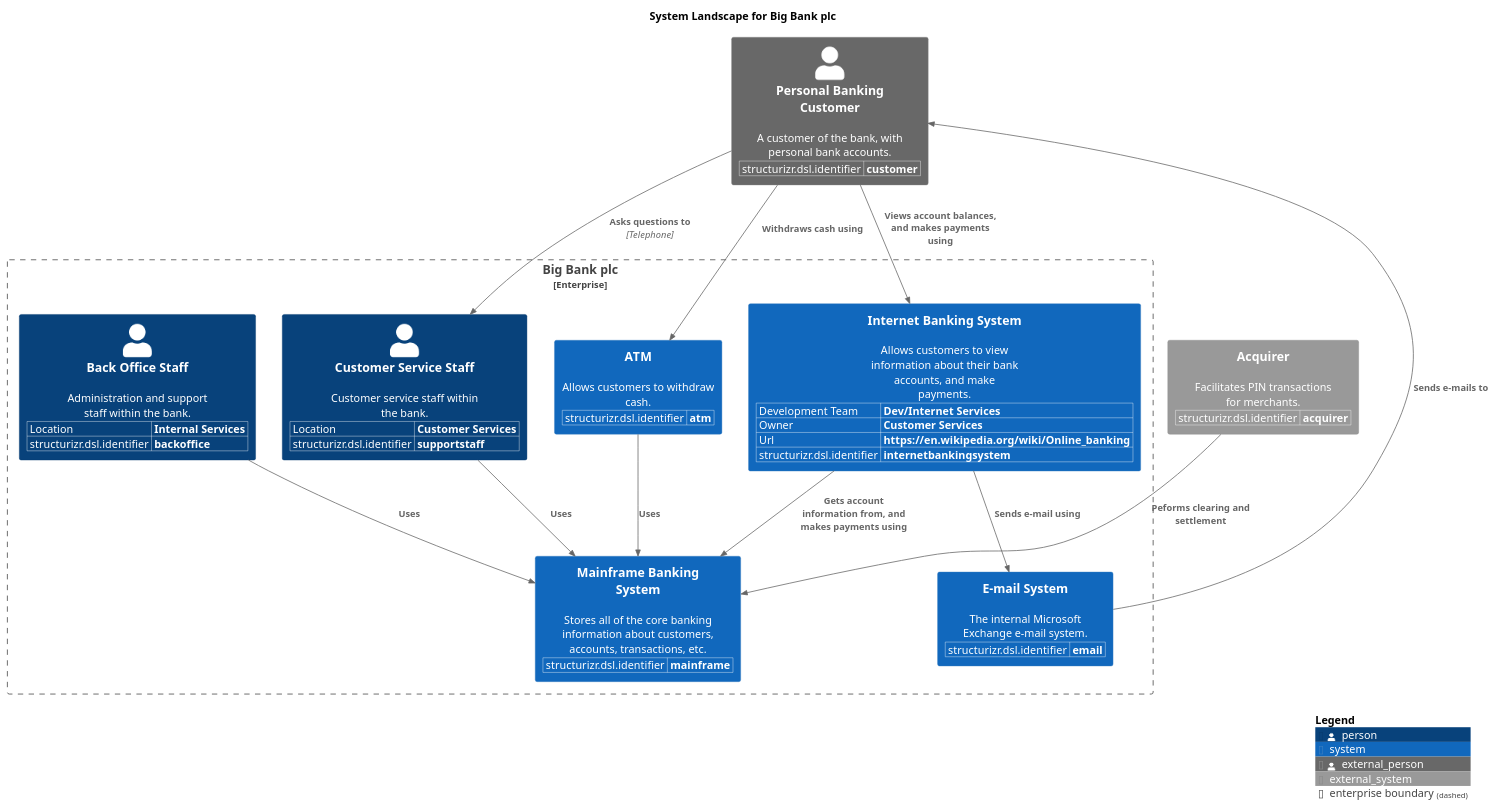
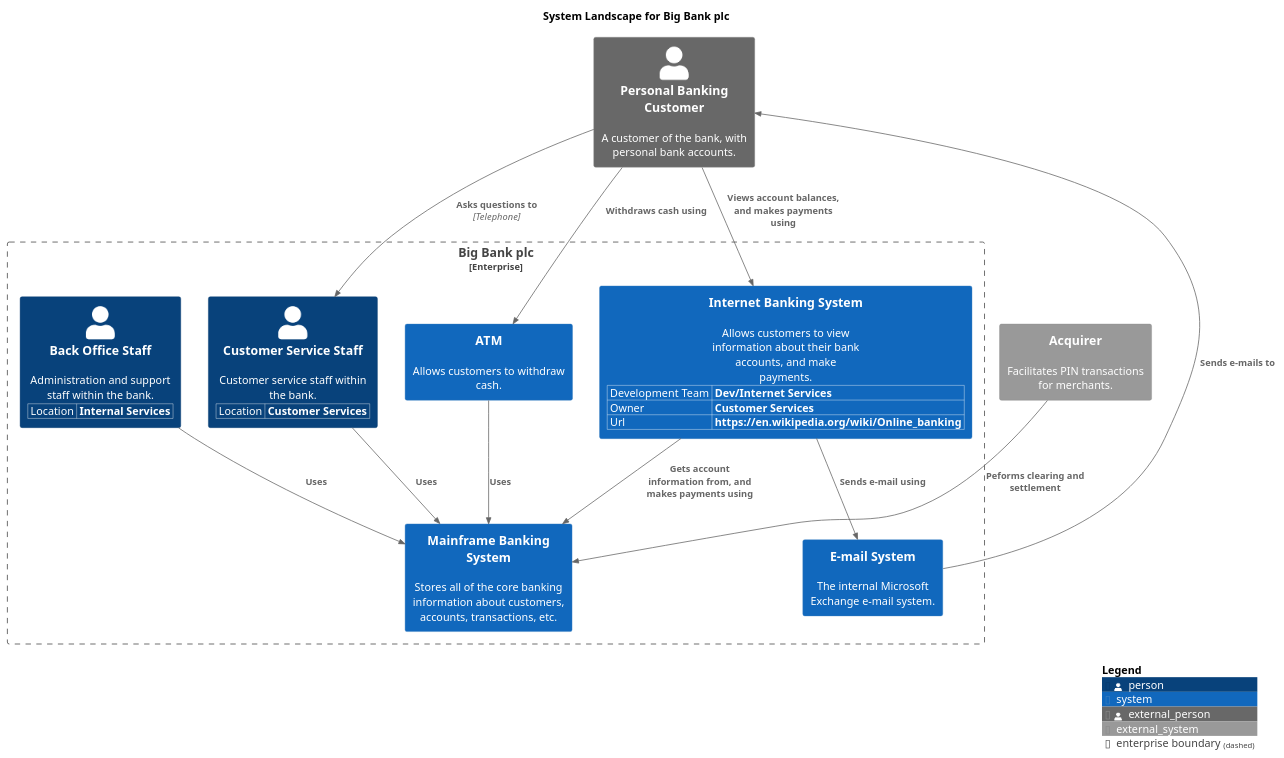
The diagram in main/puml/SystemLandscape.puml (avisi-cloud/structurizr-site-generatr), drawn with PlantUML before and after one commit. The commit also changed 76 other files, not shown here.

```diff
--- a/main/puml/SystemLandscape.puml
+++ b/main/puml/SystemLandscape.puml
@@ -1,55 +1,42 @@
 @startuml
 set separator none
 title System Landscape for Big Bank plc
 
 top to bottom direction
 
 !include https://raw.githubusercontent.com/plantuml-stdlib/C4-PlantUML/master/C4.puml
 !include https://raw.githubusercontent.com/plantuml-stdlib/C4-PlantUML/master/C4_Context.puml
 
 Enterprise_Boundary(enterprise, "Big Bank plc") {
   WithoutPropertyHeader()
   AddProperty("Location","Customer Services")
-  AddProperty("structurizr.dsl.identifier","supportstaff")
   Person(CustomerServiceStaff, "Customer Service Staff", "Customer service staff within the bank.", $tags="")
   WithoutPropertyHeader()
   AddProperty("Location","Internal Services")
-  AddProperty("structurizr.dsl.identifier","backoffice")
   Person(BackOfficeStaff, "Back Office Staff", "Administration and support staff within the bank.", $tags="")
-  WithoutPropertyHeader()
-  AddProperty("structurizr.dsl.identifier","mainframe")
   System(MainframeBankingSystem, "Mainframe Banking System", "Stores all of the core banking information about customers, accounts, transactions, etc.", $tags="")
-  WithoutPropertyHeader()
-  AddProperty("structurizr.dsl.identifier","email")
   System(EmailSystem, "E-mail System", "The internal Microsoft Exchange e-mail system.", $tags="")
-  WithoutPropertyHeader()
-  AddProperty("structurizr.dsl.identifier","atm")
   System(ATM, "ATM", "Allows customers to withdraw cash.", $tags="")
   WithoutPropertyHeader()
   AddProperty("Development Team","Dev/Internet Services")
   AddProperty("Owner","Customer Services")
   AddProperty("Url","https://en.wikipedia.org/wiki/Online_banking")
-  AddProperty("structurizr.dsl.identifier","internetbankingsystem")
   System(InternetBankingSystem, "Internet Banking System", "Allows customers to view information about their bank accounts, and make payments.", $tags="")
 }
 
-WithoutPropertyHeader()
-AddProperty("structurizr.dsl.identifier","customer")
 Person_Ext(PersonalBankingCustomer, "Personal Banking Customer", "A customer of the bank, with personal bank accounts.", $tags="")
-WithoutPropertyHeader()
-AddProperty("structurizr.dsl.identifier","acquirer")
 System_Ext(Acquirer, "Acquirer", "Facilitates PIN transactions for merchants.", $tags="")
 
 Rel_D(PersonalBankingCustomer, InternetBankingSystem, "Views account balances, and makes payments using", $tags="")
 Rel_D(InternetBankingSystem, MainframeBankingSystem, "Gets account information from, and makes payments using", $tags="")
 Rel_D(InternetBankingSystem, EmailSystem, "Sends e-mail using", $tags="")
 Rel_D(EmailSystem, PersonalBankingCustomer, "Sends e-mails to", $tags="")
 Rel_D(PersonalBankingCustomer, CustomerServiceStaff, "Asks questions to", "Telephone", $tags="")
 Rel_D(CustomerServiceStaff, MainframeBankingSystem, "Uses", $tags="")
 Rel_D(PersonalBankingCustomer, ATM, "Withdraws cash using", $tags="")
 Rel_D(ATM, MainframeBankingSystem, "Uses", $tags="")
 Rel_D(BackOfficeStaff, MainframeBankingSystem, "Uses", $tags="")
 Rel_D(Acquirer, MainframeBankingSystem, "Peforms clearing and settlement", $tags="")
 
 SHOW_LEGEND(true)
 @enduml
```
